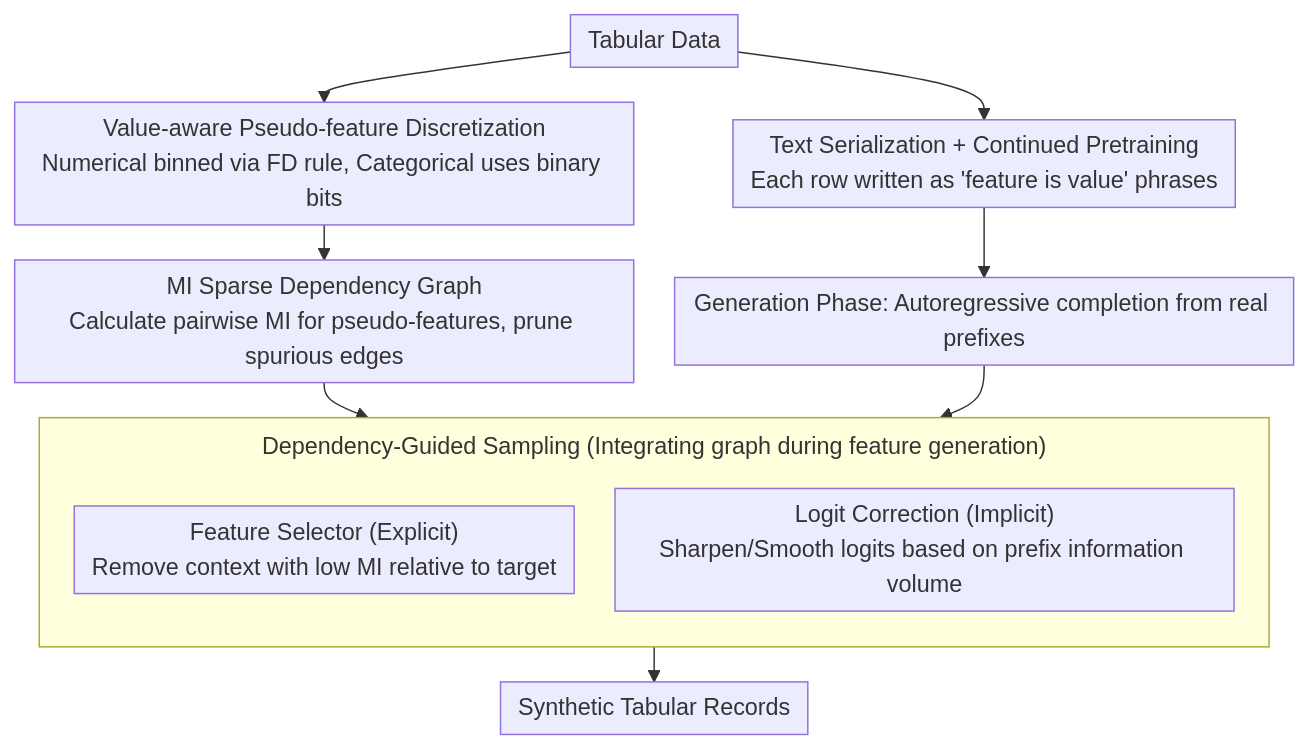
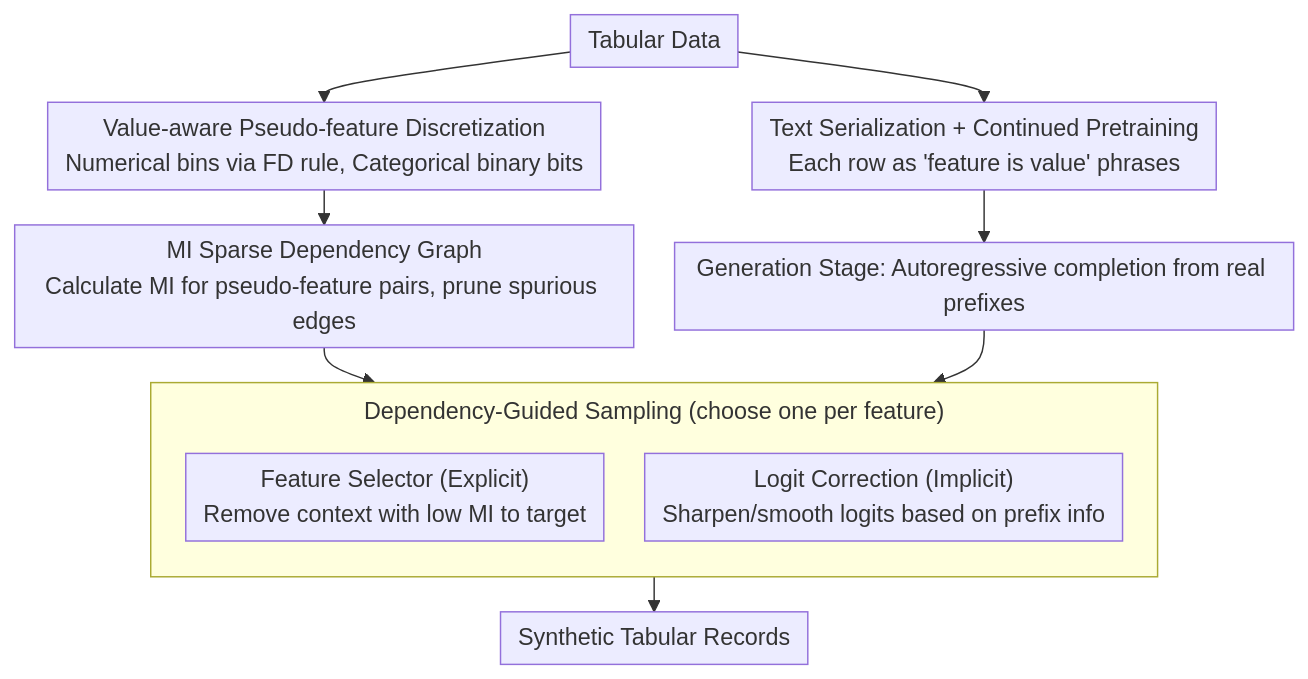
Before and after one commit to zhaoyang97/Paper-Notes-en: the diagram in docs/ACL2026/llm_safety/sage_sparse_adaptive_guidance_for_dependency-aware_tabular_data_generation.md, drawn with Mermaid. The commit also changed other lines of this file and 5084 other files, not shown here.

````diff
--- a/docs/ACL2026/llm_safety/sage_sparse_adaptive_guidance_for_dependency-aware_tabular_data_generation.md
+++ b/docs/ACL2026/llm_safety/sage_sparse_adaptive_guidance_for_dependency-aware_tabular_data_generation.md
@@ -43,16 +43,16 @@
 ```mermaid
 %%{init: {'flowchart': {'rankSpacing': 24, 'nodeSpacing': 28, 'padding': 6, 'wrappingWidth': 400, 'subGraphTitleMargin': {'top': 8, 'bottom': 16}}}}%%
 flowchart TD
-    A["Tabular Data"] --> B["Text Serialization + Continued Pretraining<br/>Each row written as 'feature is value' phrases"]
-    A --> C["Value-aware Pseudo-feature Discretization<br/>Numerical binned via FD rule, Categorical uses binary bits"]
-    C --> D["MI Sparse Dependency Graph<br/>Calculate pairwise MI for pseudo-features, prune spurious edges"]
-    B --> E["Generation Phase: Autoregressive completion from real prefixes"]
+    A["Tabular Data"] --> B["Text Serialization + Continued Pretraining<br/>Each row as 'feature is value' phrases"]
+    A --> C["Value-aware Pseudo-feature Discretization<br/>Numerical bins via FD rule, Categorical binary bits"]
+    C --> D["MI Sparse Dependency Graph<br/>Calculate MI for pseudo-feature pairs, prune spurious edges"]
+    B --> E["Generation Stage: Autoregressive completion from real prefixes"]
     D --> F
     E --> F
-    subgraph F["Dependency-Guided Sampling (Integrating graph during feature generation)"]
+    subgraph F["Dependency-Guided Sampling (choose one per feature)"]
         direction TB
-        G["Feature Selector (Explicit)<br/>Remove context with low MI relative to target"]
-        H["Logit Correction (Implicit)<br/>Sharpen/Smooth logits based on prefix information volume"]
+        G["Feature Selector (Explicit)<br/>Remove context with low MI to target"]
+        H["Logit Correction (Implicit)<br/>Sharpen/smooth logits based on prefix info"]
     end
     F --> I["Synthetic Tabular Records"]
 ```
````
